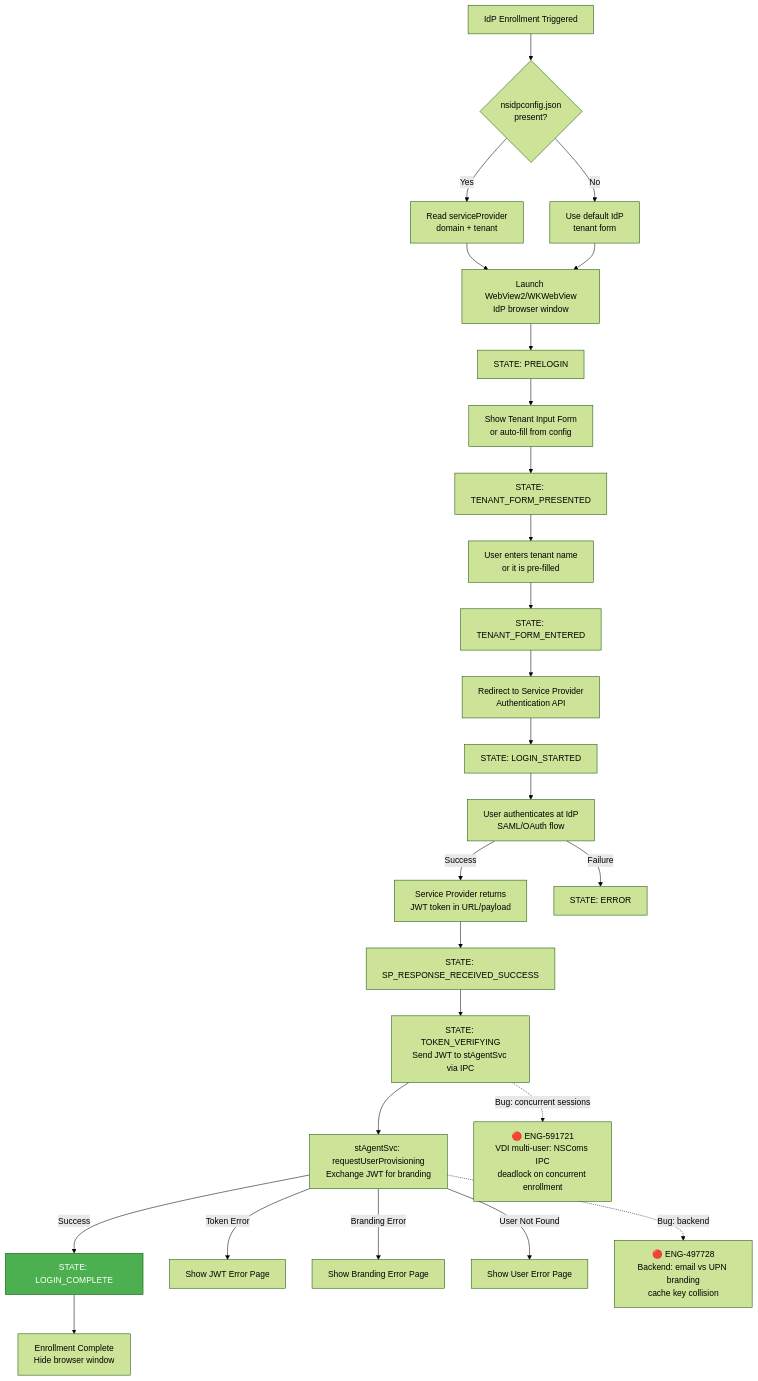
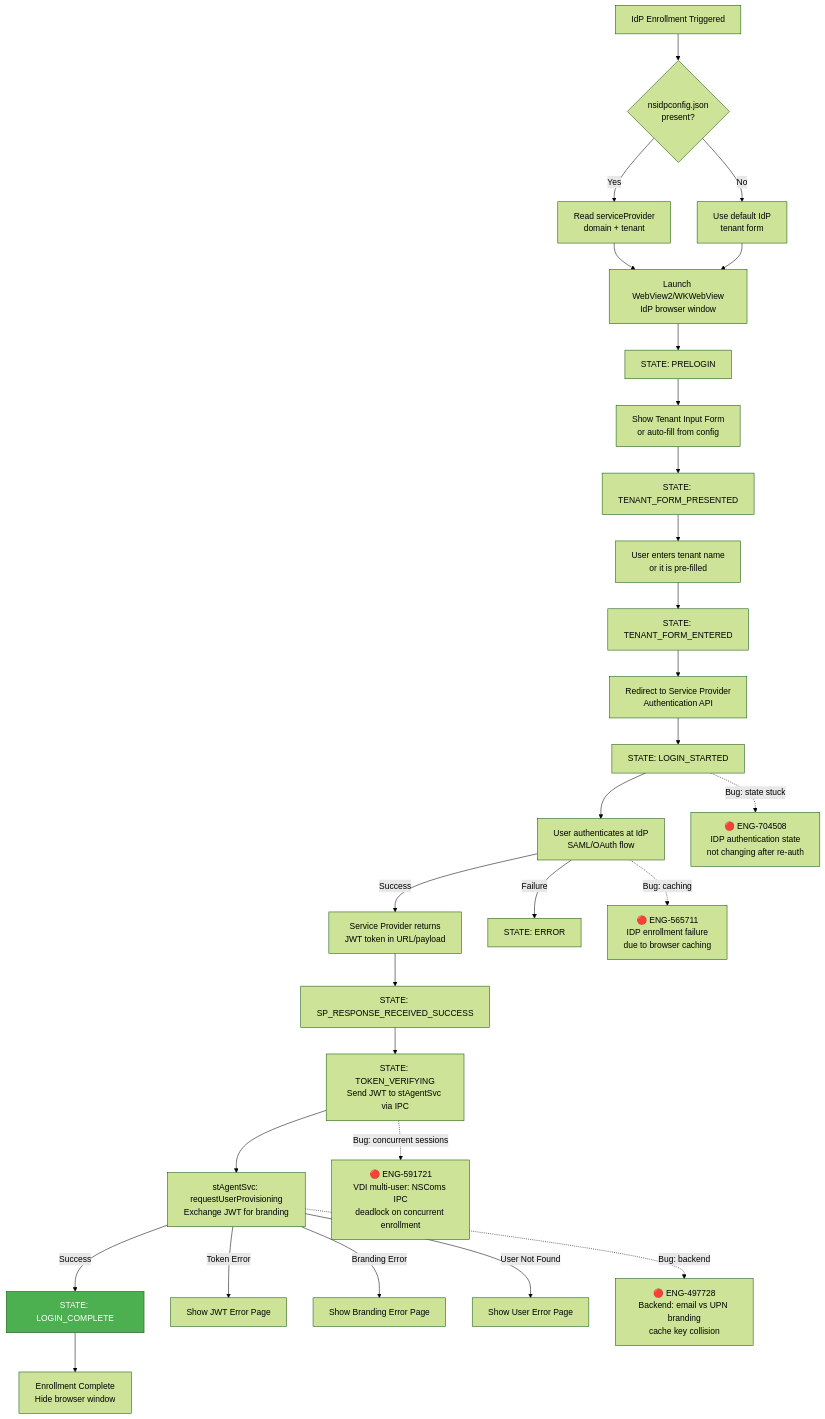
The third of 11 diagrams in chapters/02_enrollment.md (ns-klin/endpoint_system_test_plan), drawn with Mermaid (forest theme) before and after one commit. The commit also changed other lines of this file and 26 other files, not shown here.

First line of the commit message:
Add 87 bugs from Excel enrichment and integrate into mermaid diagrams

````diff
--- a/chapters/02_enrollment.md
+++ b/chapters/02_enrollment.md
@@ -195,45 +198,51 @@
 ```mermaid
 flowchart TD
     START[IdP Enrollment Triggered] --> CHK_CONFIG{nsidpconfig.json<br/>present?}
     
     CHK_CONFIG -->|Yes| READ_CFG[Read serviceProvider<br/>domain + tenant]
     CHK_CONFIG -->|No| FALLBACK[Use default IdP<br/>tenant form]
     
     READ_CFG --> BROWSER[Launch WebView2/WKWebView<br/>IdP browser window]
     FALLBACK --> BROWSER
     
     BROWSER --> STATE_1[STATE: PRELOGIN]
     STATE_1 --> TENANT_FORM[Show Tenant Input Form<br/>or auto-fill from config]
     TENANT_FORM --> STATE_2[STATE: TENANT_FORM_PRESENTED]
     
     STATE_2 --> USER_INPUT[User enters tenant name<br/>or it is pre-filled]
     USER_INPUT --> STATE_3[STATE: TENANT_FORM_ENTERED]
     
     STATE_3 --> SP_REDIRECT[Redirect to Service Provider<br/>Authentication API]
     SP_REDIRECT --> STATE_4[STATE: LOGIN_STARTED]
     
     STATE_4 --> IDP_AUTH[User authenticates at IdP<br/>SAML/OAuth flow]
     
     IDP_AUTH -->|Success| SP_RESPONSE[Service Provider returns<br/>JWT token in URL/payload]
     IDP_AUTH -->|Failure| STATE_ERROR[STATE: ERROR]
     
     SP_RESPONSE --> STATE_5[STATE: SP_RESPONSE_RECEIVED_SUCCESS]
     STATE_5 --> VERIFY[STATE: TOKEN_VERIFYING<br/>Send JWT to stAgentSvc via IPC]
     
     VERIFY --> SVC_PROCESS[stAgentSvc: requestUserProvisioning<br/>Exchange JWT for branding]
     
     SVC_PROCESS -->|Success| STATE_ENROLLED[STATE: LOGIN_COMPLETE]
     SVC_PROCESS -->|Token Error| STATE_TOKEN_ERR[Show JWT Error Page]
     SVC_PROCESS -->|Branding Error| STATE_BRAND_ERR[Show Branding Error Page]
     SVC_PROCESS -->|User Not Found| STATE_USER_ERR[Show User Error Page]
     
     STATE_ENROLLED --> DONE[Enrollment Complete<br/>Hide browser window]
 
     BUG_591721["🔴 ENG-591721<br/>VDI multi-user: NSComs IPC<br/>deadlock on concurrent enrollment"]
     VERIFY -.->|Bug: concurrent sessions| BUG_591721
 
     BUG_497728["🔴 ENG-497728<br/>Backend: email vs UPN branding<br/>cache key collision"]
     SVC_PROCESS -.->|Bug: backend| BUG_497728
 
+    BUG_565711["🔴 ENG-565711<br/>IDP enrollment failure<br/>due to browser caching"]
+    IDP_AUTH -.->|Bug: caching| BUG_565711
+
+    BUG_704508["🔴 ENG-704508<br/>IDP authentication state<br/>not changing after re-auth"]
+    STATE_4 -.->|Bug: state stuck| BUG_704508
+
     style STATE_ENROLLED fill:#4CAF50,color:#fff
 ```
````
